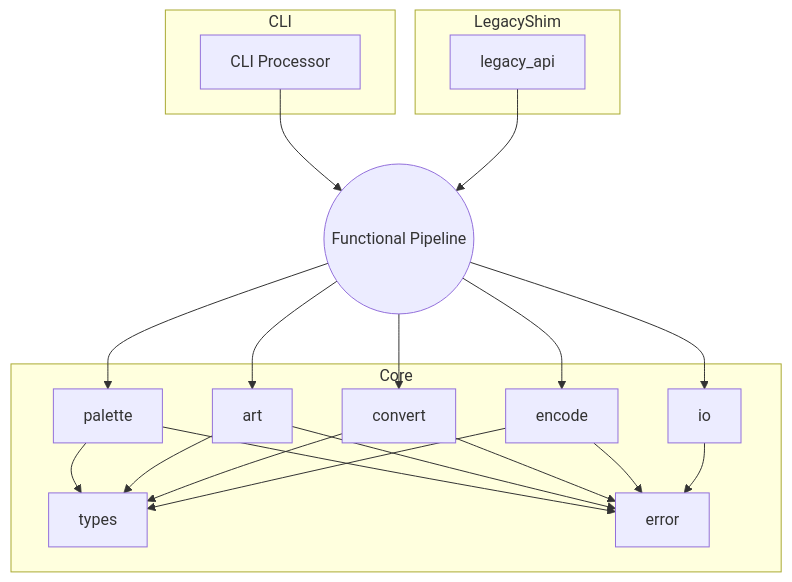
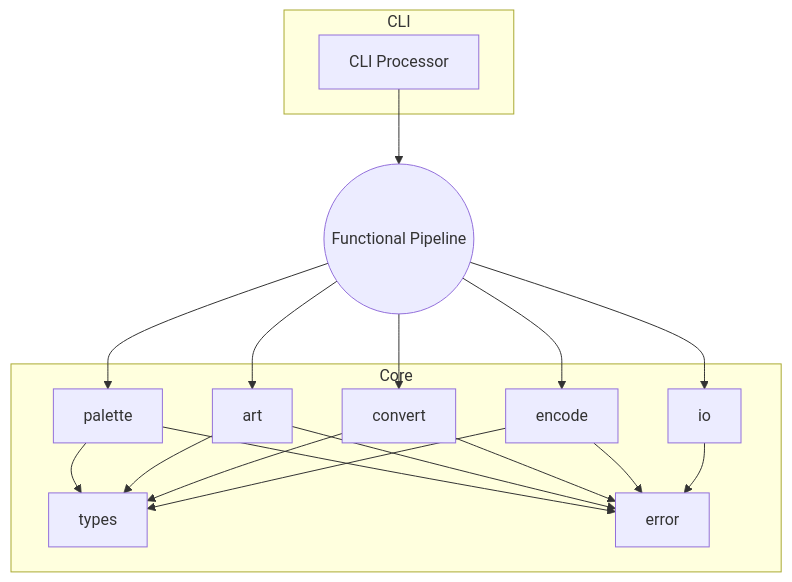
One commit to raulcorreia7/art2img changed the first of 2 diagrams in docs/plan/architecture.md. Above: the diagram before and after it, drawn with Mermaid. The commit also changed other lines of this file and 9 other files, not shown here.

First line of the commit message:
feat: completely remove legacy API and clean up codebase

````diff
--- a/docs/plan/architecture.md
+++ b/docs/plan/architecture.md
@@ -53,39 +49,35 @@
 ```mermaid
 graph TD
   subgraph CLI
     CLIProc[CLI Processor]
-  end
-  subgraph LegacyShim
-    LegacyAPI[legacy_api]
   end
   subgraph Core
     Types[types]
     Error[error]
     Palette[palette]
     Art[art]
     Convert[convert]
     Encode[encode]
     IO[io]
   end
 
   CLIProc --> Pipeline
-  LegacyAPI --> Pipeline
   Pipeline((Functional Pipeline))
 
   Pipeline --> Palette
   Pipeline --> Art
   Pipeline --> Convert
   Pipeline --> Encode
   Pipeline --> IO
 
   Palette --> Error
   Art --> Error
   Convert --> Error
   Encode --> Error
   IO --> Error
 
   Palette --> Types
   Art --> Types
   Convert --> Types
   Encode --> Types
 ```
````
